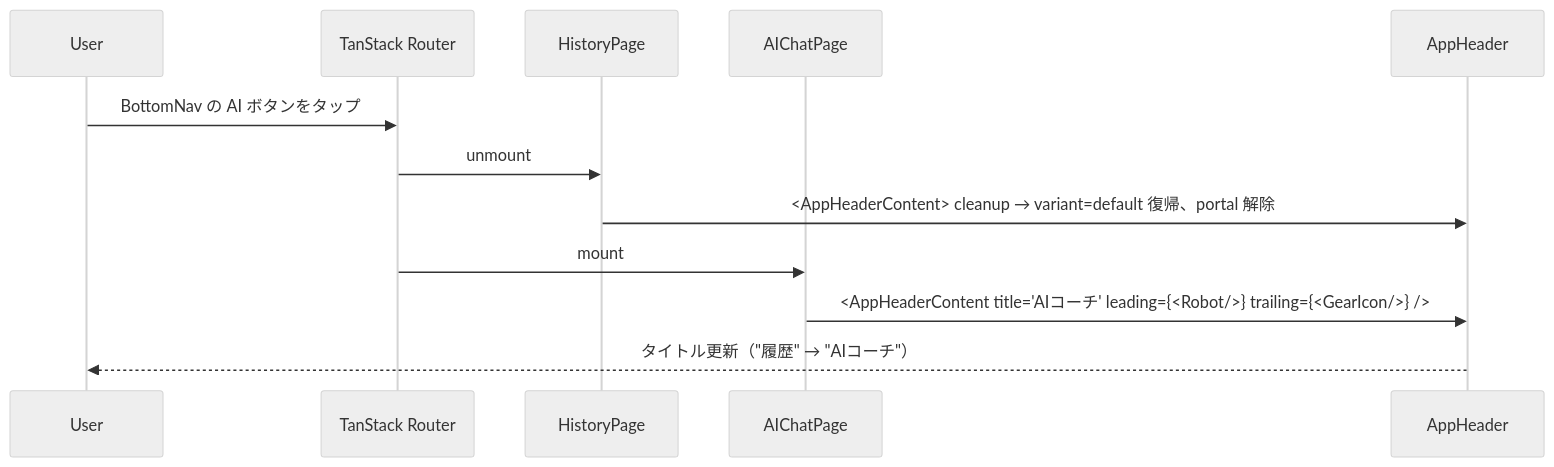
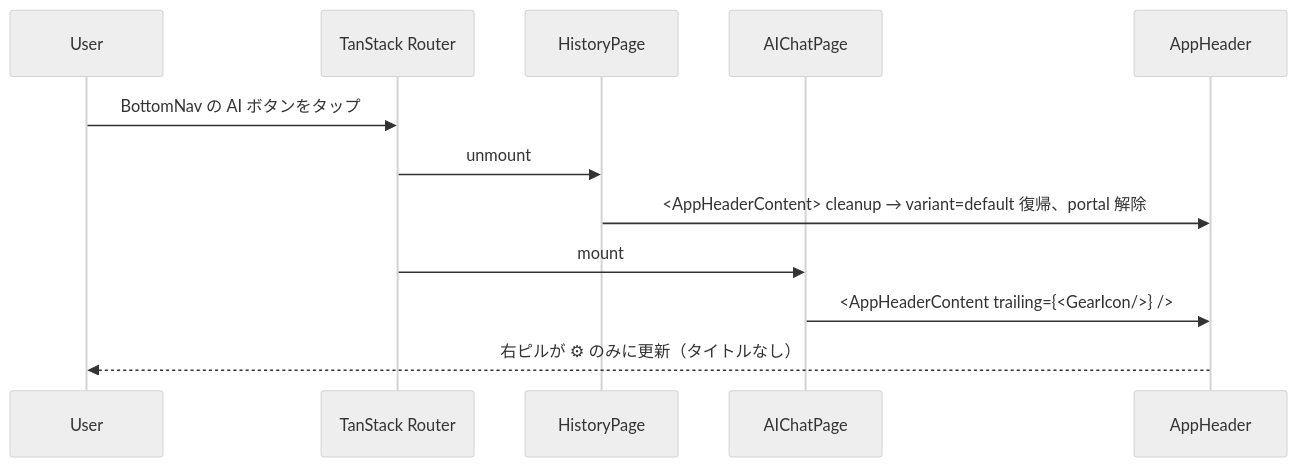
The second of 3 diagrams in .sdd/specification/app-header_spec.md (SakumaTakuya/gymini), drawn with Mermaid (neutral theme) before and after one commit. The commit also changed other lines of this file and 1 other file, not shown here.

First line of the commit message:
docs(sdd): update app-header spec to reflect pill design

````diff
--- a/.sdd/specification/app-header_spec.md
+++ b/.sdd/specification/app-header_spec.md
@@ -259,15 +255,15 @@
 ```mermaid
 sequenceDiagram
     participant User
     participant Router as TanStack Router
     participant HistoryPage
     participant AIChatPage
     participant Header as AppHeader
 
     User->>Router: BottomNav の AI ボタンをタップ
     Router->>HistoryPage: unmount
     HistoryPage->>Header: <AppHeaderContent> cleanup → variant=default 復帰、portal 解除
     Router->>AIChatPage: mount
-    AIChatPage->>Header: <AppHeaderContent title="AIコーチ" leading={<Robot/>} trailing={<GearIcon/>} />
-    Header-->>User: タイトル更新（"履歴" → "AIコーチ"）
+    AIChatPage->>Header: <AppHeaderContent trailing={<GearIcon/>} />
+    Header-->>User: 右ピルが ⚙ のみに更新（タイトルなし）
 ```
````
